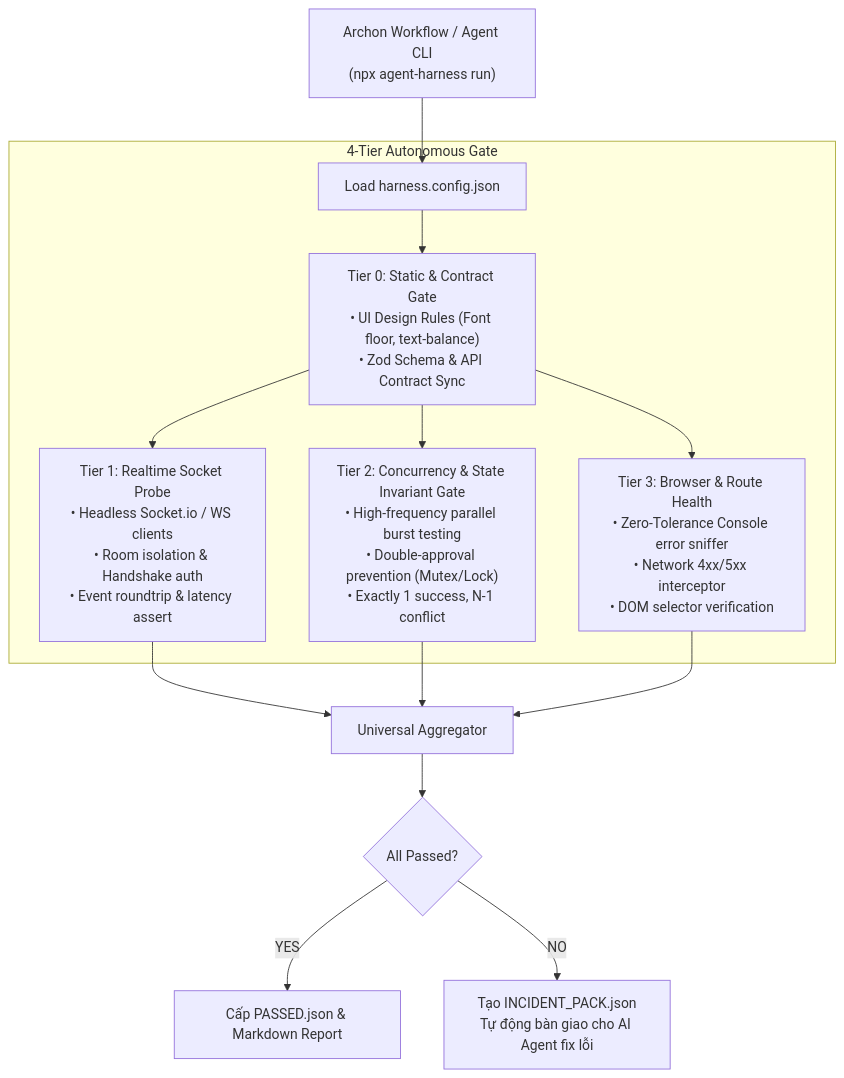
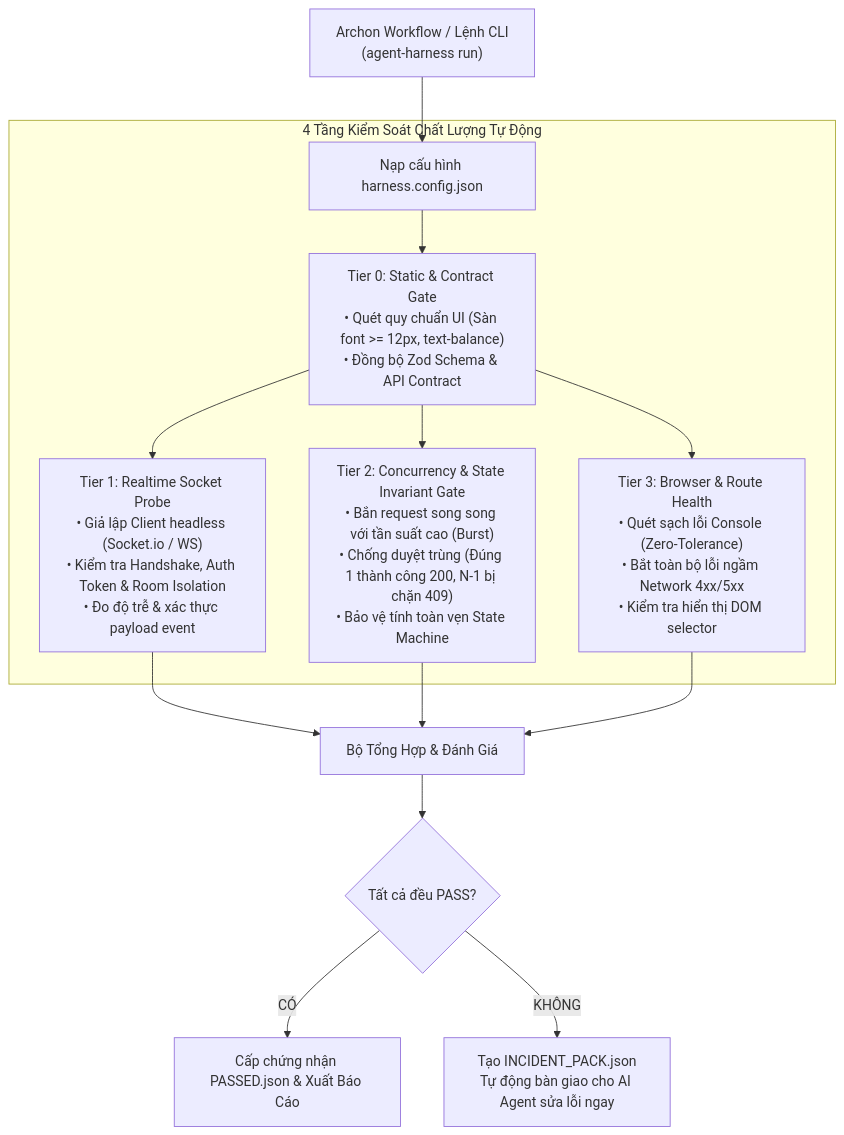
The diagram in README.md (dangminhdev0403/agent-qa-harness), drawn with Mermaid before and after one commit. The commit also changed other lines of this file and 2 other files, not shown here.

Commit message:
docs: rename to agent-qa-harness, update full vietnamese readme and cli localized help

````diff
--- a/README.md
+++ b/README.md
@@ -21,22 +22,22 @@
 ```mermaid
 flowchart TD
-    Trigger["Archon Workflow / Agent CLI<br/>(npx agent-harness run)"] --> ConfigLoader["Load harness.config.json"]
+    Trigger["Archon Workflow / Lệnh CLI<br/>(agent-harness run)"] --> ConfigLoader["Nạp cấu hình harness.config.json"]
 
-    subgraph Tiers ["4-Tier Autonomous Gate"]
-        ConfigLoader --> T0["Tier 0: Static & Contract Gate<br/>• UI Design Rules (Font floor, text-balance)<br/>• Zod Schema & API Contract Sync"]
+    subgraph Tiers ["4 Tầng Kiểm Soát Chất Lượng Tự Động"]
+        ConfigLoader --> T0["Tier 0: Static & Contract Gate<br/>• Quét quy chuẩn UI (Sàn font >= 12px, text-balance)<br/>• Đồng bộ Zod Schema & API Contract"]
         
-        T0 --> T1["Tier 1: Realtime Socket Probe<br/>• Headless Socket.io / WS clients<br/>• Room isolation & Handshake auth<br/>• Event roundtrip & latency assert"]
+        T0 --> T1["Tier 1: Realtime Socket Probe<br/>• Giả lập Client headless (Socket.io / WS)<br/>• Kiểm tra Handshake, Auth Token & Room Isolation<br/>• Đo độ trễ & xác thực payload event"]
         
-        T0 --> T2["Tier 2: Concurrency & State Invariant Gate<br/>• High-frequency parallel burst testing<br/>• Double-approval prevention (Mutex/Lock)<br/>• Exactly 1 success, N-1 conflict"]
+        T0 --> T2["Tier 2: Concurrency & State Invariant Gate<br/>• Bắn request song song với tần suất cao (Burst)<br/>• Chống duyệt trùng (Đúng 1 thành công 200, N-1 bị chặn 409)<br/>• Bảo vệ tính toàn vẹn State Machine"]
 
-        T0 --> T3["Tier 3: Browser & Route Health<br/>• Zero-Tolerance Console error sniffer<br/>• Network 4xx/5xx interceptor<br/>• DOM selector verification"]
+        T0 --> T3["Tier 3: Browser & Route Health<br/>• Quét sạch lỗi Console (Zero-Tolerance)<br/>• Bắt toàn bộ lỗi ngầm Network 4xx/5xx<br/>• Kiểm tra hiển thị DOM selector"]
     end
 
-    T1 --> Convergence["Universal Aggregator"]
+    T1 --> Convergence["Bộ Tổng Hợp & Đánh Giá"]
     T2 --> Convergence
     T3 --> Convergence
 
-    Convergence --> Check{All Passed?}
-    Check -- YES --> Pass[" Cấp PASSED.json & Markdown Report"]
-    Check -- NO --> IncidentPack[" Tạo INCIDENT_PACK.json<br/>Tự động bàn giao cho AI Agent fix lỗi"]
+    Convergence --> Check{Tất cả đều PASS?}
+    Check -- CÓ --> Pass[" Cấp chứng nhận PASSED.json & Xuất Báo Cáo"]
+    Check -- KHÔNG --> IncidentPack[" Tạo INCIDENT_PACK.json<br/>Tự động bàn giao cho AI Agent sửa lỗi ngay"]
 ```
````
